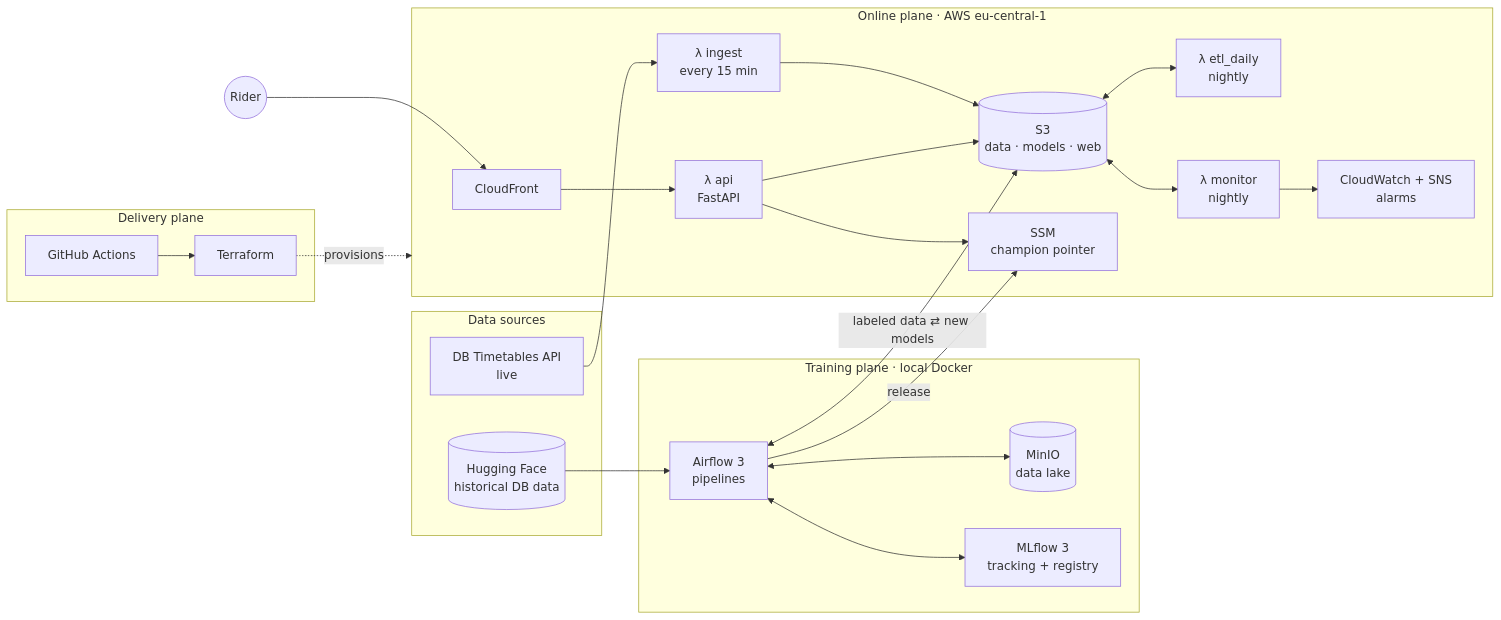
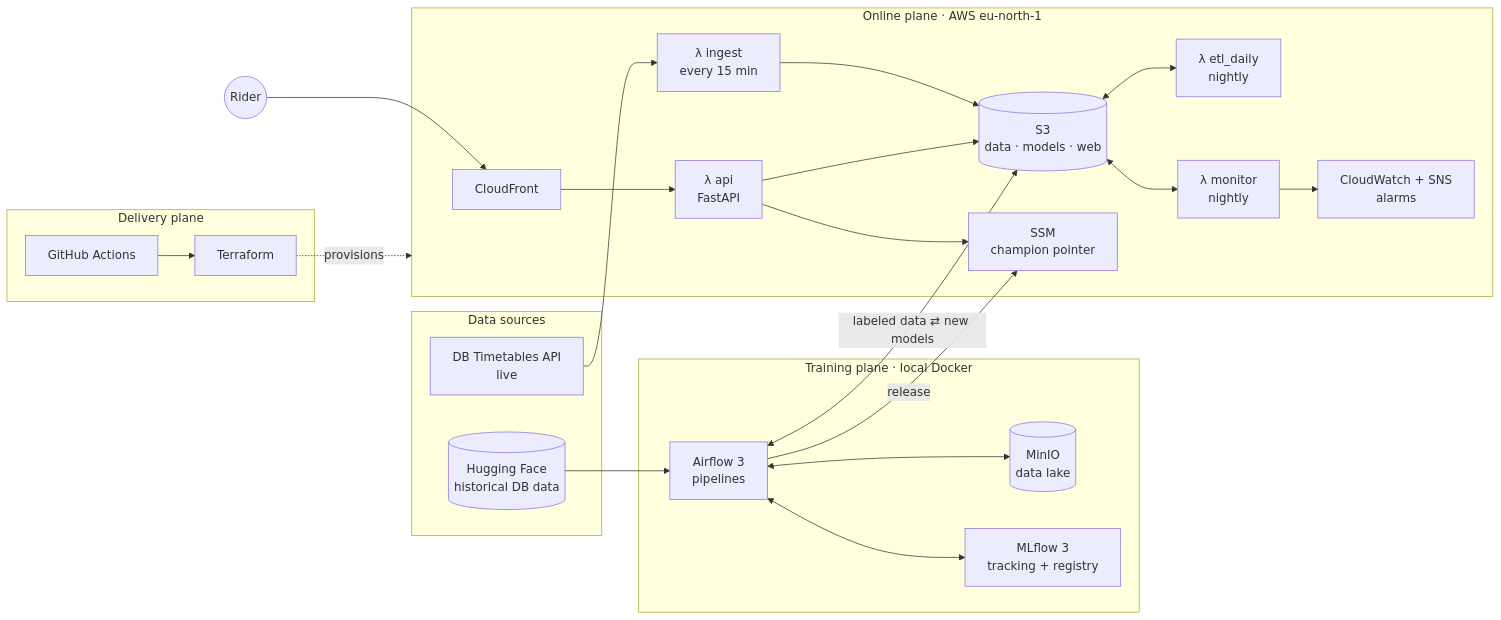
The first of 8 diagrams in README.md (piyal21/Puenktlich-mlops-project), drawn with Mermaid before and after one commit. The commit also changed other lines of this file and 5 other files, not shown here.

Commit message:
docs(phase-6): ADR 0002, eu-north-1, laptop deploy flow, sample board, measured runtime

````diff
--- a/README.md
+++ b/README.md
@@ -52,44 +52,44 @@
 ```mermaid
 flowchart LR
   USER(("Rider"))
 
   subgraph SRC["Data sources"]
     HF[("Hugging Face<br/>historical DB data")]
     DB["DB Timetables API<br/>live"]
   end
 
   subgraph TRAIN["Training plane · local Docker"]
     AF["Airflow 3<br/>pipelines"]
     MINIO[("MinIO<br/>data lake")]
     MLF["MLflow 3<br/>tracking + registry"]
   end
 
-  subgraph AWS["Online plane · AWS eu-central-1"]
+  subgraph AWS["Online plane · AWS eu-north-1"]
     CF["CloudFront"]
     API["λ api<br/>FastAPI"]
     ING["λ ingest<br/>every 15 min"]
     ETL["λ etl_daily<br/>nightly"]
     MON["λ monitor<br/>nightly"]
     S3[("S3<br/>data · models · web")]
     SSM["SSM<br/>champion pointer"]
     CW["CloudWatch + SNS<br/>alarms"]
   end
 
   subgraph DEL["Delivery plane"]
     GH["GitHub Actions"] --> TF["Terraform"]
   end
 
   HF --> AF
   AF <--> MINIO
   AF <--> MLF
   DB --> ING --> S3
   S3 <--> ETL
   S3 <--> MON
   MON --> CW
   AF <-->|"labeled data ⇄ new models"| S3
   AF -->|"release"| SSM
   USER --> CF --> API
   API --> S3
   API --> SSM
   TF -.->|"provisions"| AWS
 ```
````
